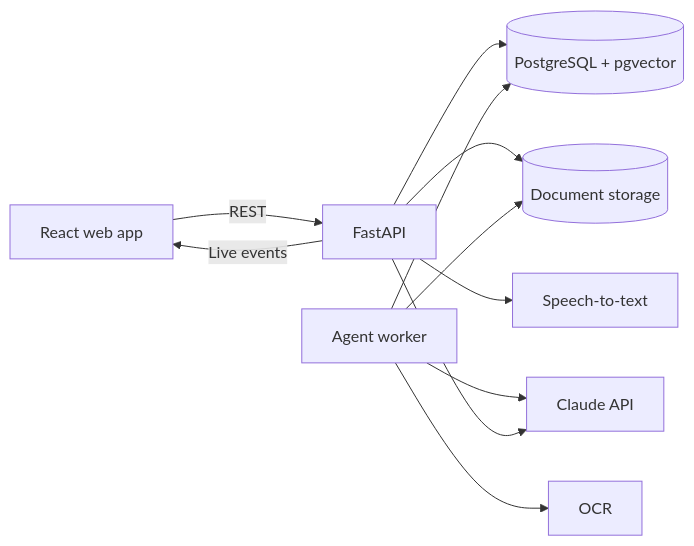
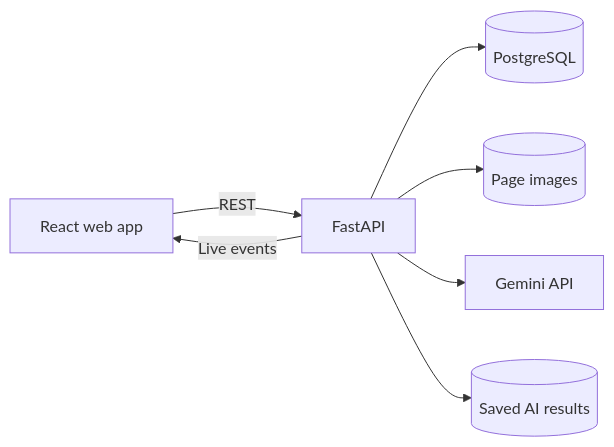
Before and after one commit to khurram-Shahid09/ClinicMind: the diagram in docs/04-architecture.md, drawn with Mermaid. The commit also changed other lines of this file and 161 other files, not shown here.

````diff
--- a/docs/04-architecture.md
+++ b/docs/04-architecture.md
@@ -23,13 +20,9 @@
 ```mermaid
 flowchart LR
     W[React web app] -->|REST| A[FastAPI]
     A -->|Live events| W
-    A --> P[(PostgreSQL + pgvector)]
-    A --> F[(Document storage)]
-    J[Agent worker] --> P
-    J --> F
-    J --> O[OCR]
-    J --> C[Claude API]
-    A --> S[Speech-to-text]
-    A --> C
+    A --> P[(PostgreSQL)]
+    A --> F[(Page images)]
+    A --> C[Gemini API]
+    A --> S[(Saved AI results)]
 ```
````
